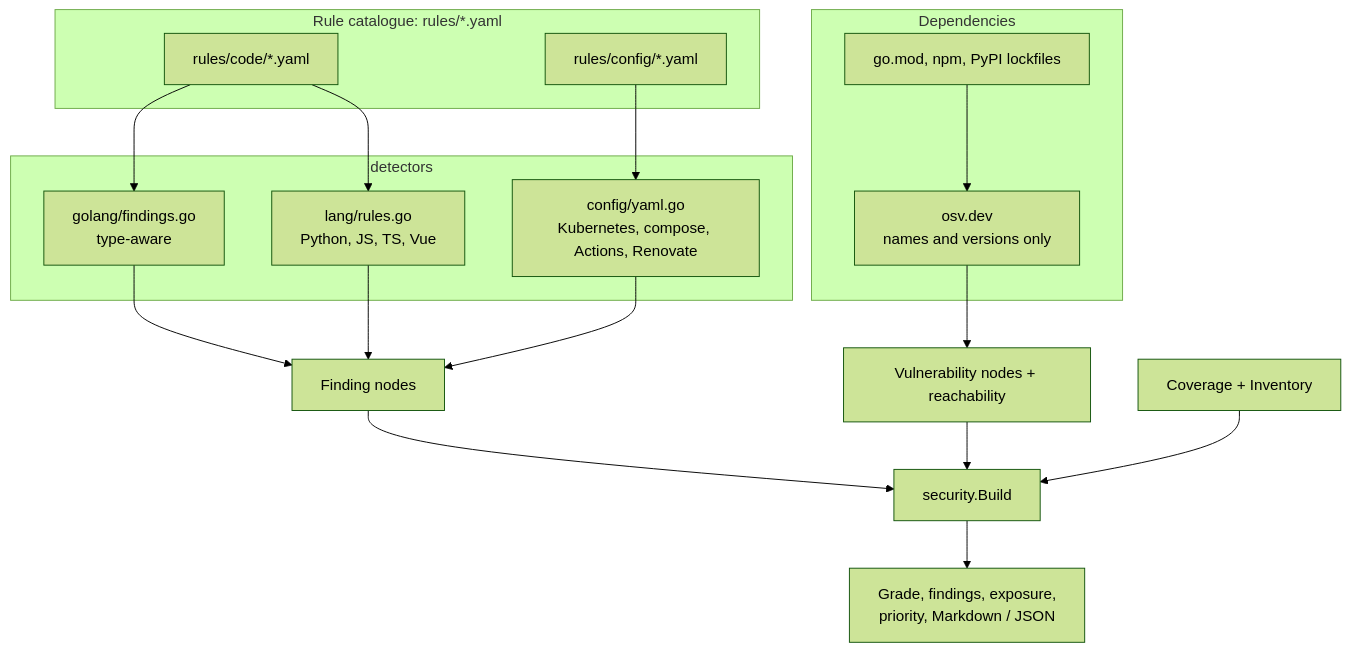
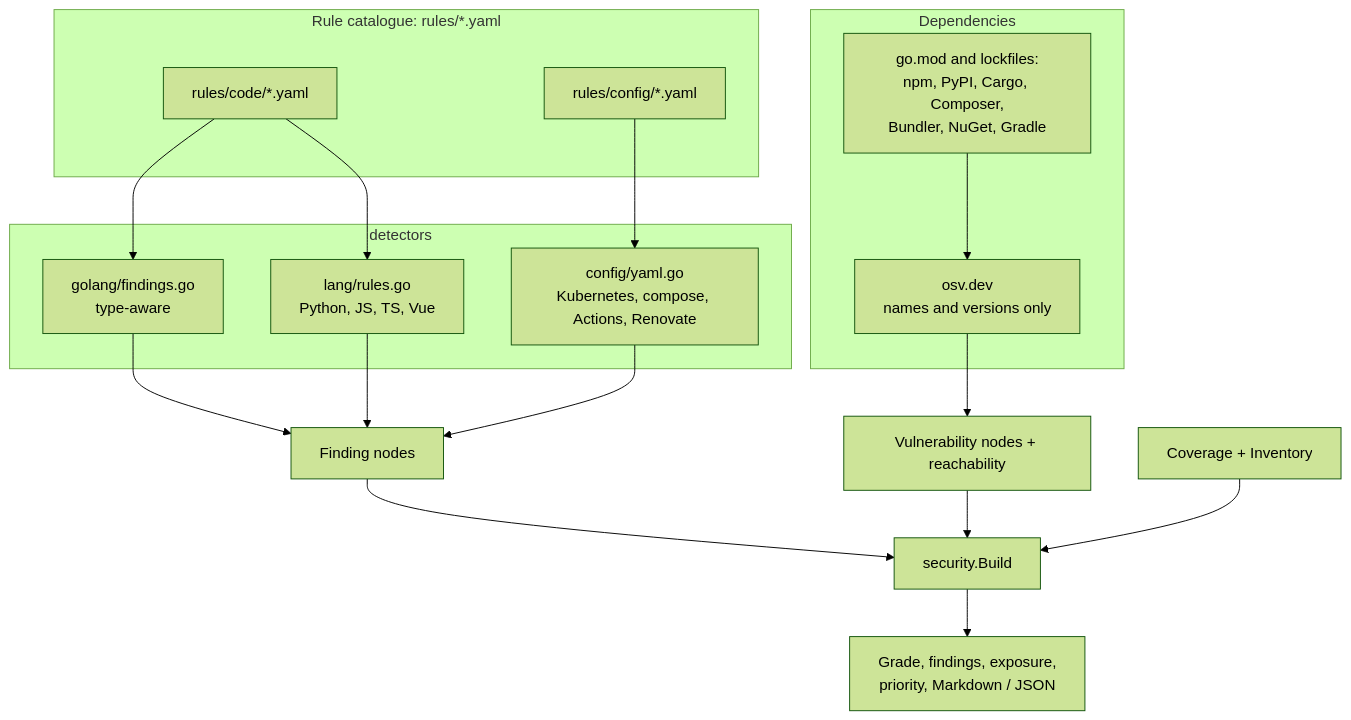
The first of 3 diagrams in docs/features/security.md (astrona-io/codesynapse), drawn with Mermaid (forest theme) before and after one commit. The commit also changed other lines of this file and 15 other files, not shown here.

Commit message:
feat(deps): read Cargo, Composer, Bundler, NuGet and Gradle lockfiles

````diff
--- a/docs/features/security.md
+++ b/docs/features/security.md
@@ -7,29 +7,29 @@
 ```mermaid
 flowchart TB
     subgraph rules[Rule catalogue: rules/*.yaml]
         rc[rules/code/*.yaml]
         rg[rules/config/*.yaml]
     end
     subgraph detectors
         gd[golang/findings.go<br/>type-aware]
         ld[lang/rules.go<br/>Python, JS, TS, Vue]
         yd[config/yaml.go<br/>Kubernetes, compose, Actions, Renovate]
     end
     subgraph deps[Dependencies]
-        lock[go.mod, npm, PyPI lockfiles]
+        lock[go.mod and lockfiles:<br/>npm, PyPI, Cargo, Composer,<br/>Bundler, NuGet, Gradle]
         osv[osv.dev<br/>names and versions only]
     end
 
     rc --> gd
     rc --> ld
     rg --> yd
     lock --> osv
     gd --> F[Finding nodes]
     ld --> F
     yd --> F
     osv --> V[Vulnerability nodes + reachability]
     F --> B[security.Build]
     V --> B
     cov[Coverage + Inventory] --> B
     B --> out[Grade, findings, exposure,<br/>priority, Markdown / JSON]
 ```
````
